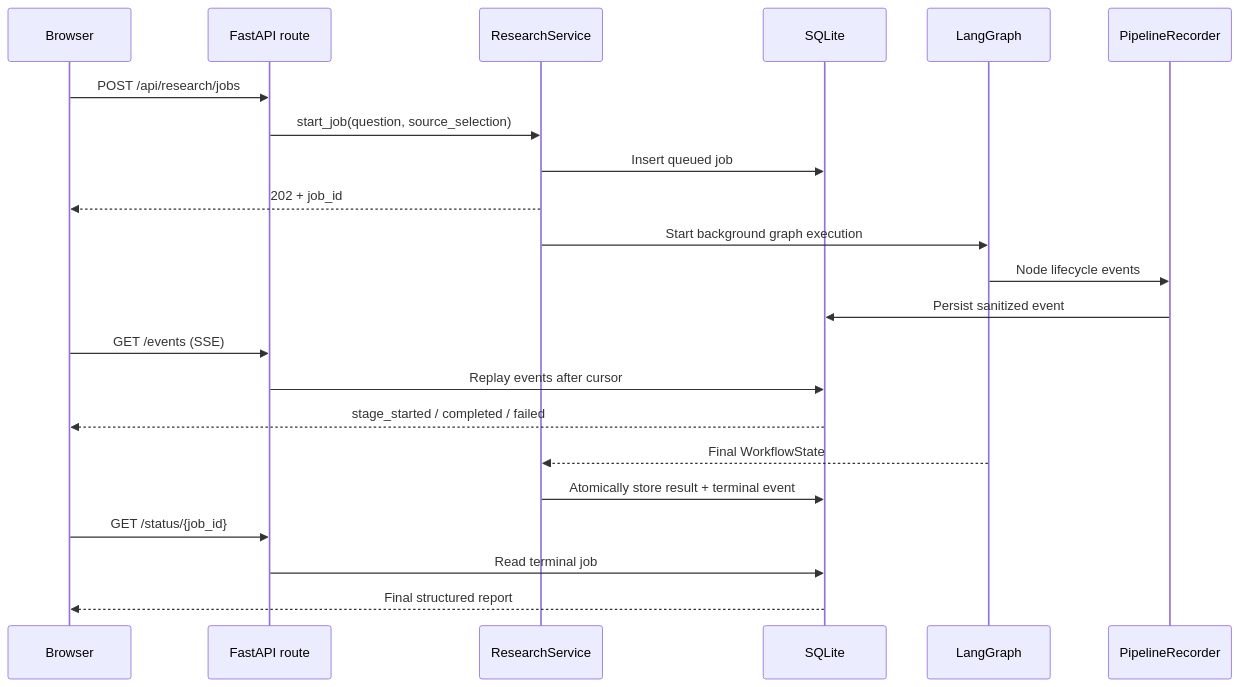
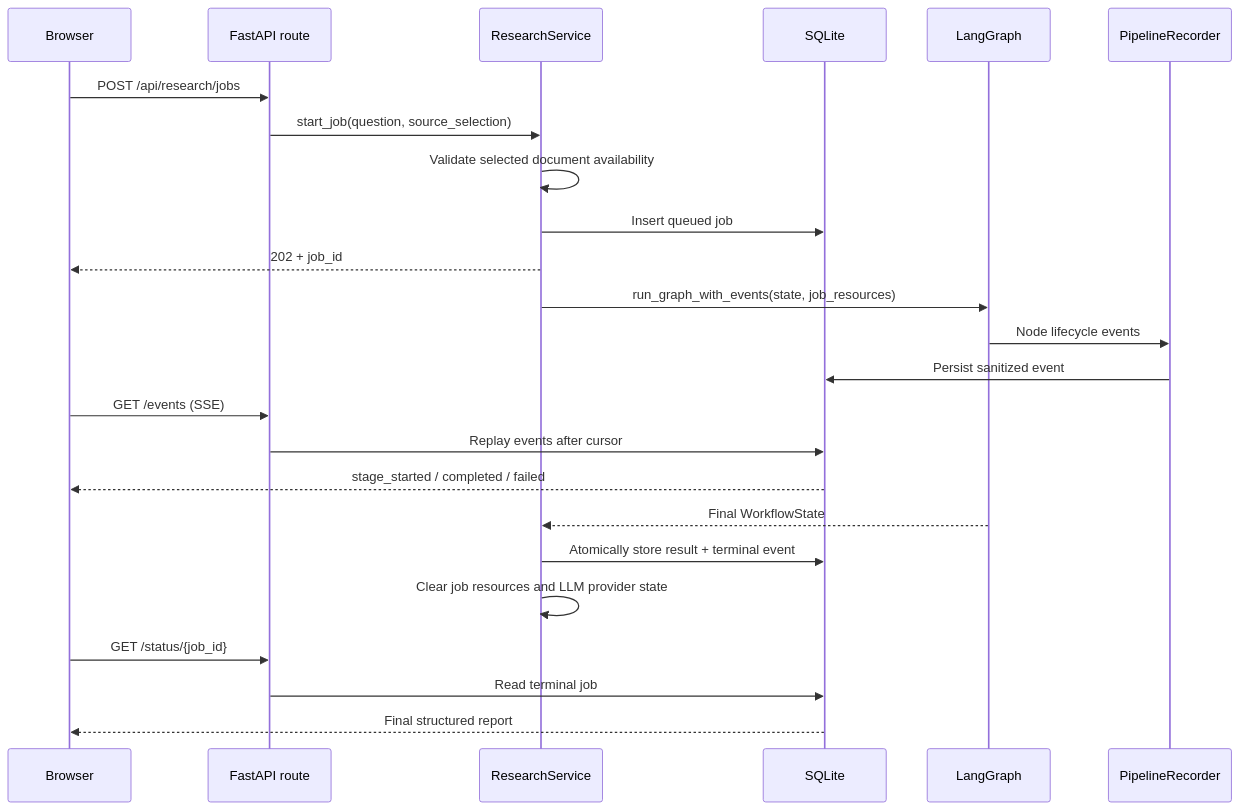
Before and after one commit to Ishwaridutt/deep-research-agent: the second of 11 diagrams in readme.md, drawn with Mermaid. The commit also changed other lines of this file and 43 other files, not shown here.

````diff
--- a/readme.md
+++ b/readme.md
@@ -134,25 +144,27 @@
 ```mermaid
 sequenceDiagram
     participant B as Browser
     participant R as FastAPI route
     participant S as ResearchService
     participant DB as SQLite
     participant G as LangGraph
     participant P as PipelineRecorder
 
     B->>R: POST /api/research/jobs
     R->>S: start_job(question, source_selection)
+    S->>S: Validate selected document availability
     S->>DB: Insert queued job
     S-->>B: 202 + job_id
-    S->>G: Start background graph execution
+    S->>G: run_graph_with_events(state, job_resources)
     G->>P: Node lifecycle events
     P->>DB: Persist sanitized event
     B->>R: GET /events (SSE)
     R->>DB: Replay events after cursor
     DB-->>B: stage_started / completed / failed
     G-->>S: Final WorkflowState
     S->>DB: Atomically store result + terminal event
+    S->>S: Clear job resources and LLM provider state
     B->>R: GET /status/{job_id}
     R->>DB: Read terminal job
     DB-->>B: Final structured report
 ```
````
